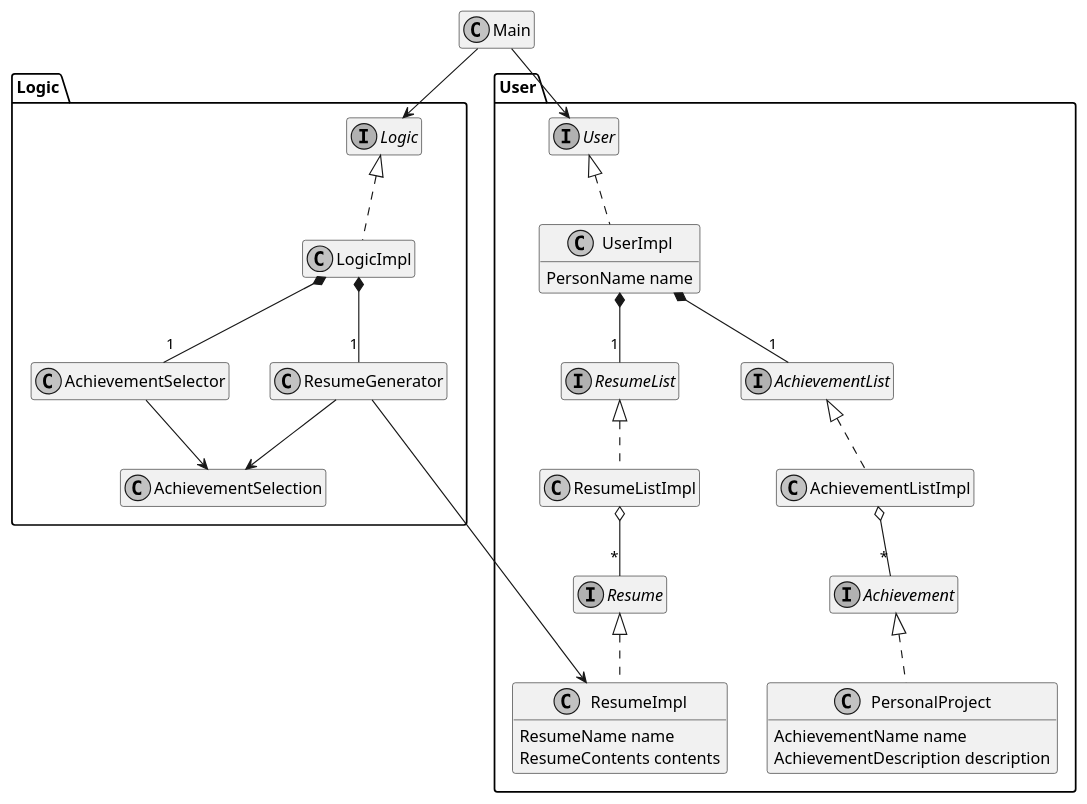
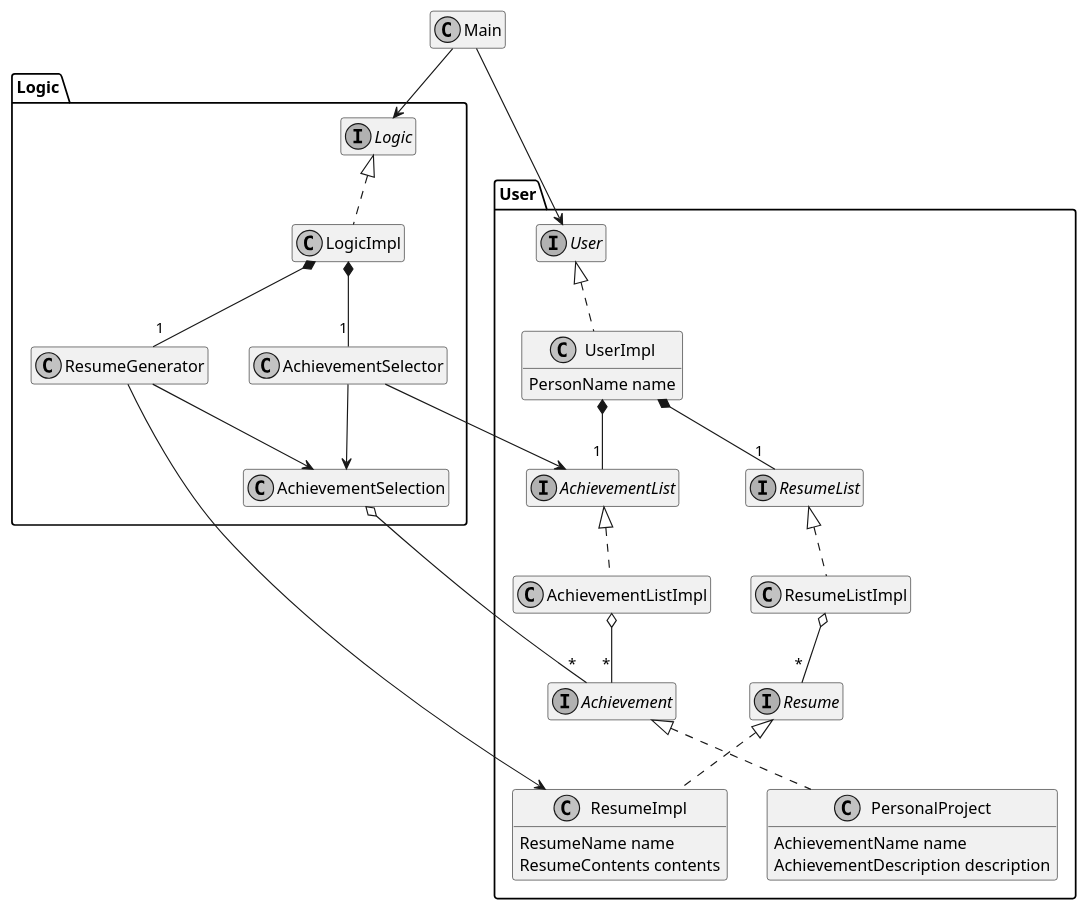
Before and after one commit to marckysan/ResuMe: the diagram in docs/diagrams/BackendClassDiagram.puml, drawn with PlantUML. The commit also changed 1 other file, not shown here.

Commit message:
Update UML class diagram with new dependencies for logic

```diff
--- a/docs/diagrams/BackendClassDiagram.puml
+++ b/docs/diagrams/BackendClassDiagram.puml
@@ -1,62 +1,64 @@
 @startuml
 
 skinparam monochrome true
 hide empty members
 
 class Main
 Main --> Logic.Logic
 Main --> User.User
 
 namespace Logic {
 
 interface Logic
 class LogicImpl
 Logic <|.. LogicImpl
 
 class ResumeGenerator
 class AchievementSelector
 LogicImpl *-- "1" ResumeGenerator
 LogicImpl *-- "1" AchievementSelector
 
 class AchievementSelection
 AchievementSelector --> AchievementSelection
+AchievementSelector --> User.AchievementList
+AchievementSelection o-- "*" User.Achievement
 
 ResumeGenerator --> AchievementSelection
 ResumeGenerator --> User.ResumeImpl
 }
 
 namespace User {
 
 interface User
 class UserImpl {
     PersonName name
 }
 User <|.. UserImpl
 UserImpl *-- "1" AchievementList
 UserImpl *-- "1" ResumeList
 
 interface Achievement
 class PersonalProject {
     AchievementName name
     AchievementDescription description
 }
 interface AchievementList
 class AchievementListImpl
 Achievement <|.. PersonalProject
 AchievementList <|.. AchievementListImpl
 AchievementListImpl o-- "*" Achievement
 
 interface Resume
 class ResumeImpl {
     ResumeName name
     ResumeContents contents
 }
 interface ResumeList
 class ResumeListImpl
 Resume <|.. ResumeImpl
 ResumeList <|.. ResumeListImpl
 ResumeListImpl o-- "*" Resume
 
 }
 
 @enduml
```
